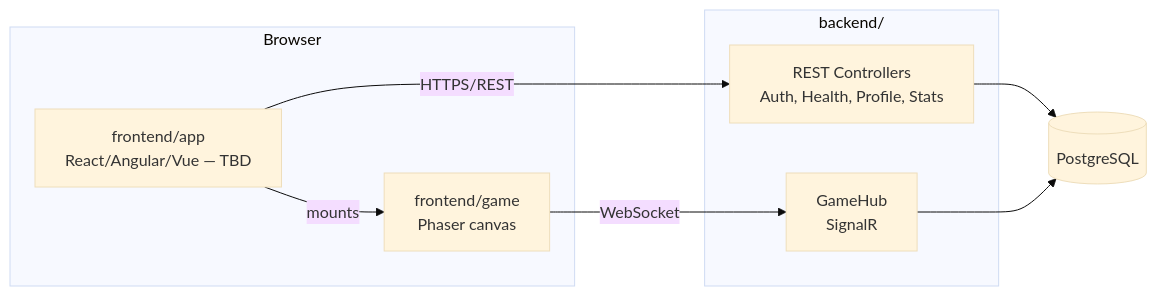
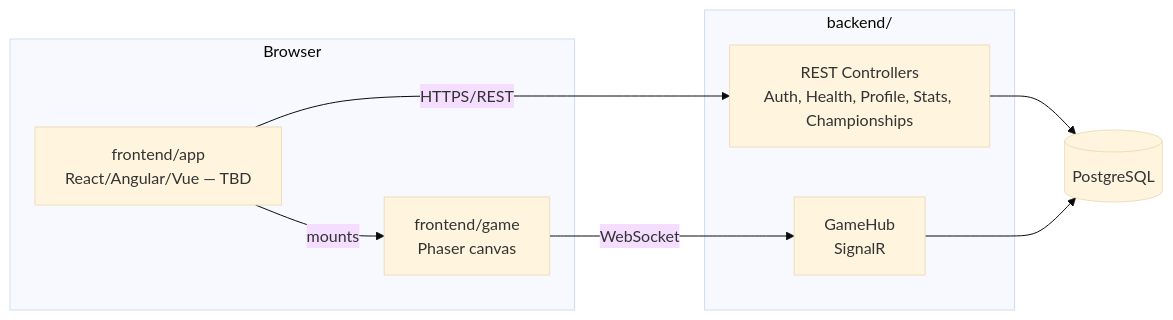
The diagram in docs/GDD.md (hebaja/tank_it), drawn with Mermaid (base theme) before and after one commit. The commit also changed other lines of this file and 11 other files, not shown here.

First line of the commit message:
Add championship (FT-N) mode: schema, docs, backend skeleton

````diff
--- a/docs/GDD.md
+++ b/docs/GDD.md
@@ -140,20 +189,20 @@
 ```mermaid
 flowchart LR
     subgraph Client [Browser]
         SPA[frontend/app<br/>React/Angular/Vue — TBD]
         Game[frontend/game<br/>Phaser canvas]
         SPA -- mounts --> Game
     end
 
     subgraph Server [backend/]
-        API[REST Controllers<br/>Auth, Health, Profile, Stats]
+        API[REST Controllers<br/>Auth, Health, Profile, Stats, Championships]
         Hub[GameHub<br/>SignalR]
     end
 
     DB[(PostgreSQL)]
 
     SPA -- HTTPS/REST --> API
     Game -- WebSocket --> Hub
     API --> DB
     Hub --> DB
 ```
````
